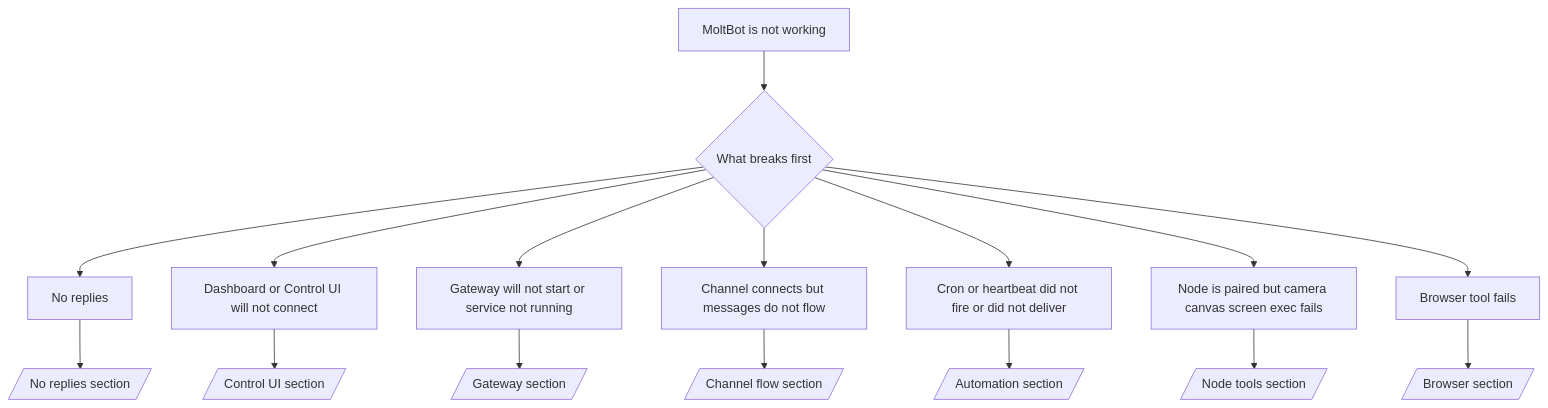
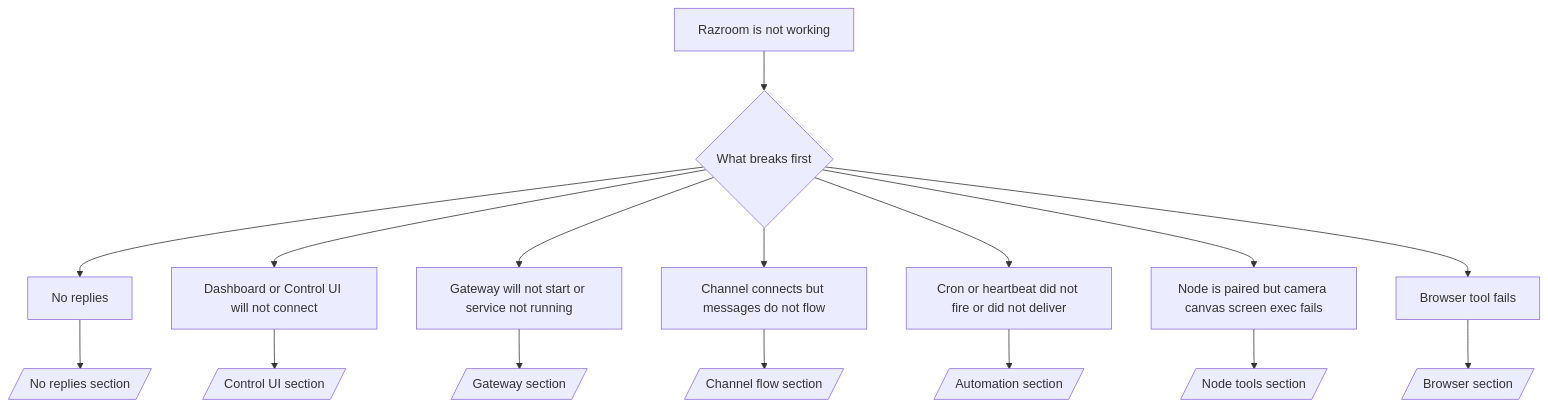
The diagram in docs/help/troubleshooting.md (razroo/razroom), drawn with Mermaid before and after one commit. The commit also changed other lines of this file and 2403 other files, not shown here.

````diff
--- a/docs/help/troubleshooting.md
+++ b/docs/help/troubleshooting.md
@@ -39,19 +39,19 @@
 ```mermaid
 flowchart TD
-  A[MoltBot is not working] --> B{What breaks first}
+  A[Razroom is not working] --> B{What breaks first}
   B --> C[No replies]
   B --> D[Dashboard or Control UI will not connect]
   B --> E[Gateway will not start or service not running]
   B --> F[Channel connects but messages do not flow]
   B --> G[Cron or heartbeat did not fire or did not deliver]
   B --> H[Node is paired but camera canvas screen exec fails]
   B --> I[Browser tool fails]
 
   C --> C1[/No replies section/]
   D --> D1[/Control UI section/]
   E --> E1[/Gateway section/]
   F --> F1[/Channel flow section/]
   G --> G1[/Automation section/]
   H --> H1[/Node tools section/]
   I --> I1[/Browser section/]
 ```
````
